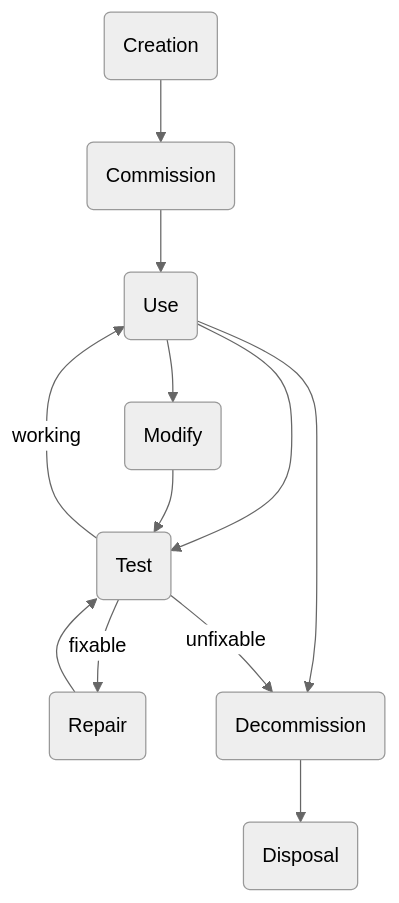
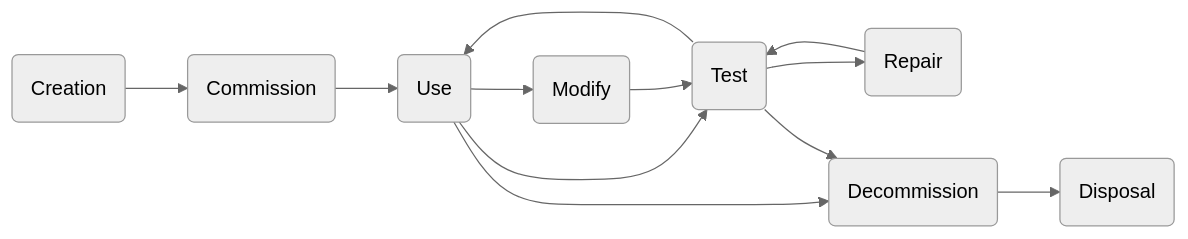
One commit to srobo/kitbook changed the diagram in asset-tracking.md. Above: the diagram before and after it, drawn with Mermaid (neutral theme).

Commit message:
Updates asset-tracking.md
Auto commit by GitBook Editor

```diff
--- a/asset-tracking.md
+++ b/asset-tracking.md
@@ -23,23 +23,23 @@
 {% mermaid %}
-graph TB
+graph LR
   create(Creation)
   commission(Commission)
   use(Use)
   test(Test)
   repair(Repair)
   modify(Modify)
   decommission(Decommission)
   disposal(Disposal)
   
   create-->commission
   commission-->use
   use-->modify
   use-->test
   use-->decommission
   modify-->test
-  test-- fixable -->repair
-  test-- working -->use
-  test-- unfixable -->decommission
+  test-->repair
+  test-->use
+  test-->decommission
   repair-->test
   decommission-->disposal
 {% endmermaid %}
```
